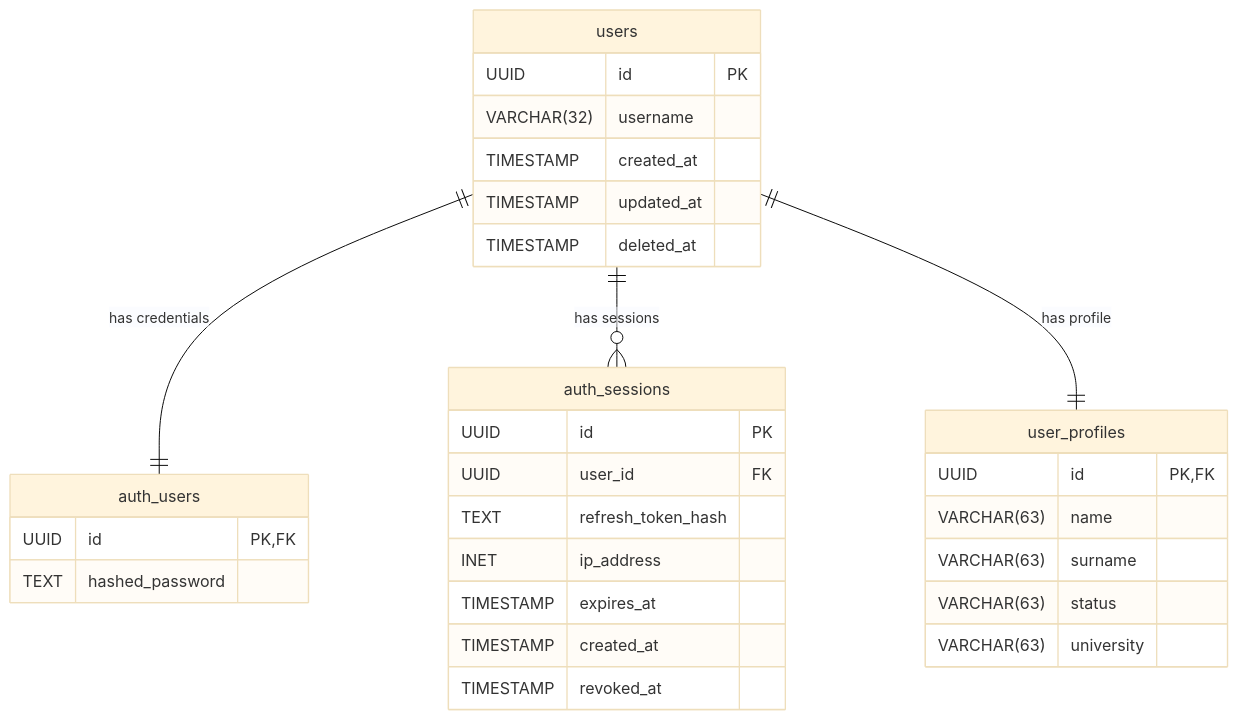
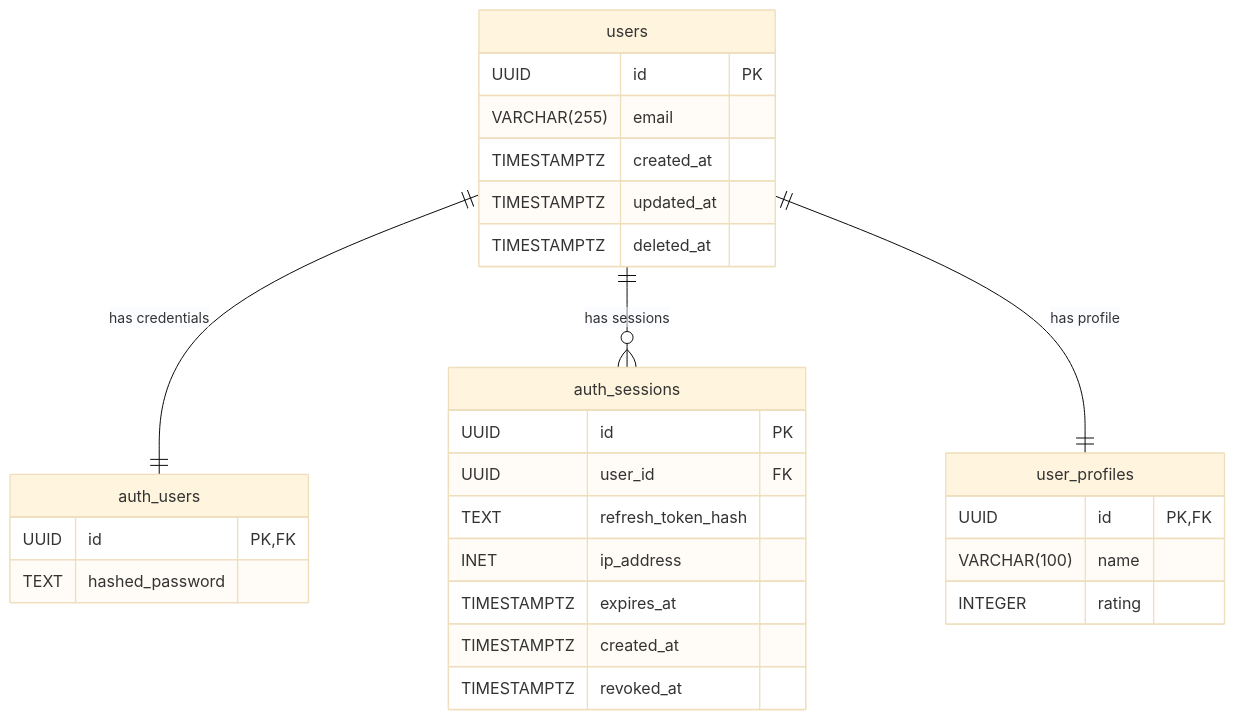
One commit to Moviles-ISIS3510-S4-G44/backend changed the diagram in docs/schema/user_view.mmd. Above: the diagram before and after it, drawn with Mermaid (base theme). The commit also changed 3 other files, not shown here.

First line of the commit message:
fix: align alembic config migration and ER docs with current entities

```diff
--- a/docs/schema/user_view.mmd
+++ b/docs/schema/user_view.mmd
@@ -1,36 +1,34 @@
 erDiagram
 
     users {
         UUID id PK
-        VARCHAR(32) username
-        TIMESTAMP created_at
-        TIMESTAMP updated_at
-        TIMESTAMP deleted_at
+        VARCHAR(255) email
+        TIMESTAMPTZ created_at
+        TIMESTAMPTZ updated_at
+        TIMESTAMPTZ deleted_at
     }
 
     auth_users {
         UUID id PK, FK
         TEXT hashed_password
     }
 
     auth_sessions {
         UUID id PK
         UUID user_id FK
         TEXT refresh_token_hash
         INET ip_address
-        TIMESTAMP expires_at
-        TIMESTAMP created_at
-        TIMESTAMP revoked_at
+        TIMESTAMPTZ expires_at
+        TIMESTAMPTZ created_at
+        TIMESTAMPTZ revoked_at
     }
 
     user_profiles {
         UUID id PK, FK
-        VARCHAR(63) name
-        VARCHAR(63) surname
-        VARCHAR(63) status
-        VARCHAR(63) university
+        VARCHAR(100) name
+        INTEGER rating
     }
 
     users ||--|| auth_users : "has credentials"
     users ||--o{ auth_sessions : "has sessions"
     users ||--|| user_profiles : "has profile"
```
